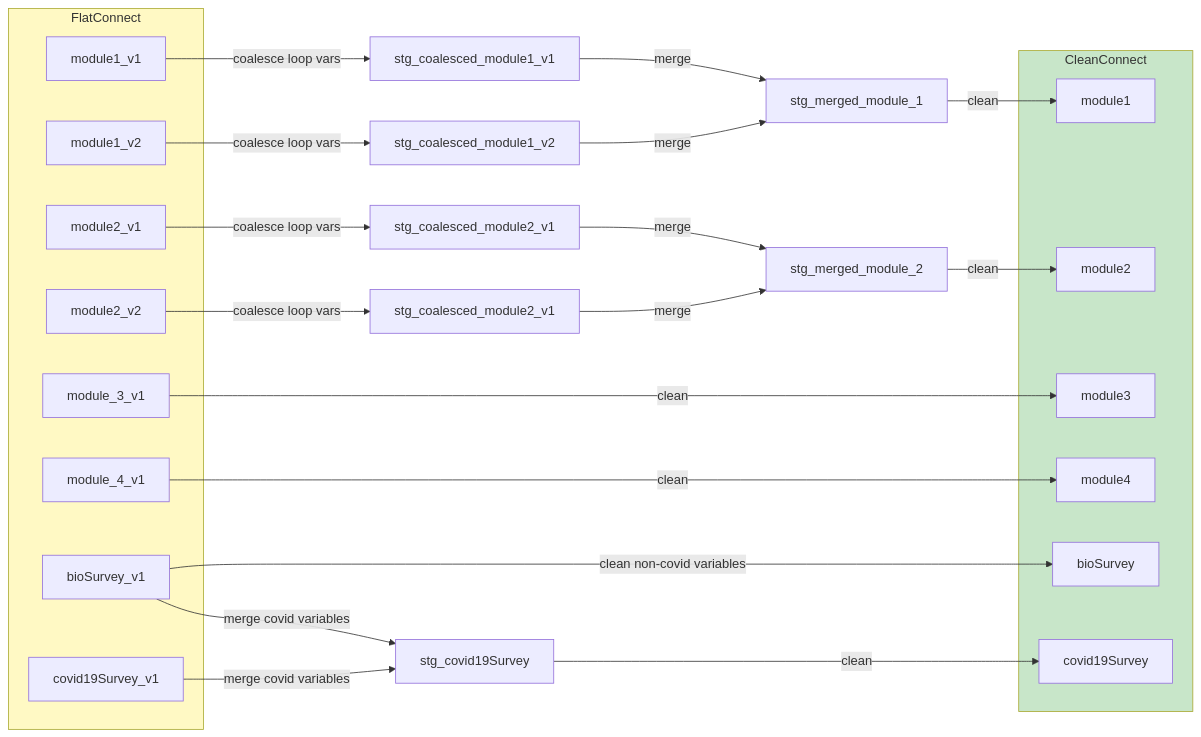
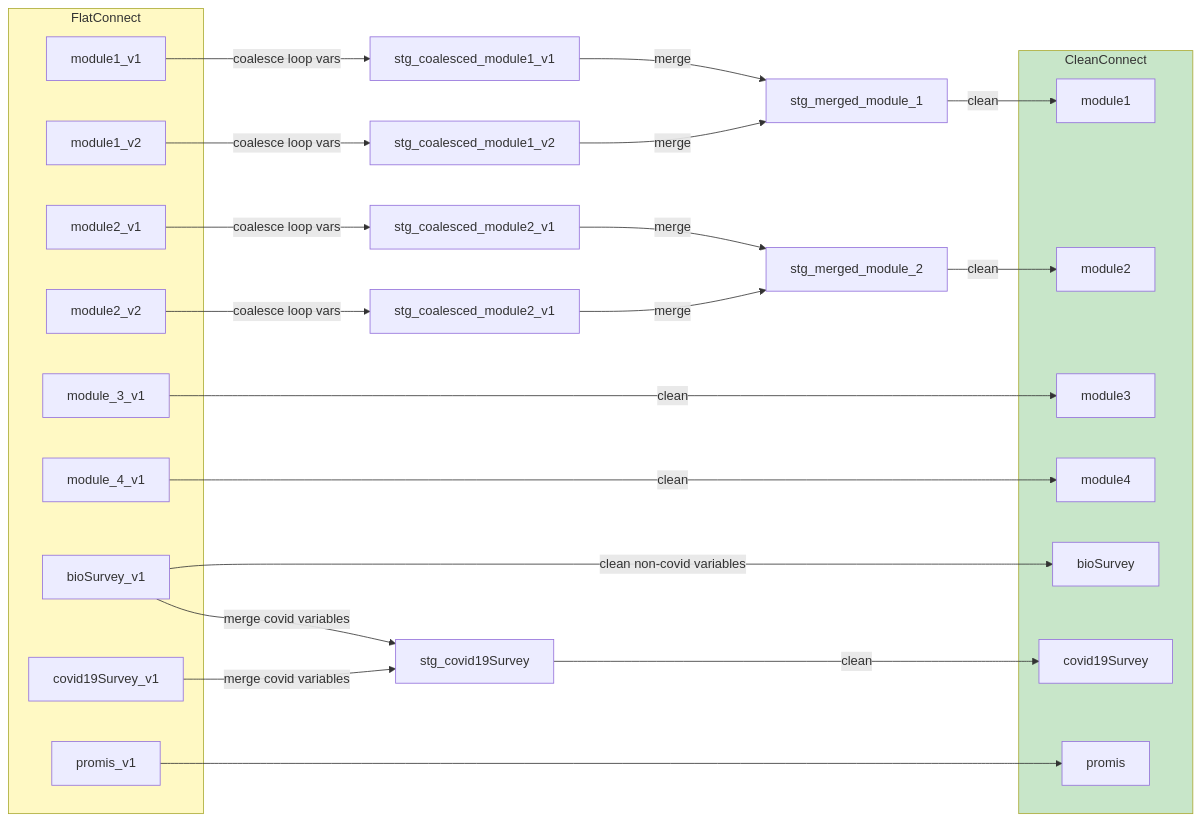
One commit to Analyticsphere/pr2-documentation changed the diagram in README.md. Above: the diagram before and after it, drawn with Mermaid.

Commit message:
add promis survey to diagram

````diff
--- a/README.md
+++ b/README.md
@@ -6,41 +6,42 @@
 ```mermaid
-
 flowchart LR
  subgraph FlatConnect["FlatConnect"]
         fc_mod1_v1["module1_v1"]
         fc_mod1_v2["module1_v2"]
         fc_mod2_v1["module2_v1"]
         fc_mod2_v2["module2_v2"]
         fc_mod3["module_3_v1"]
         fc_mod4["module_4_v1"]
         fc_bs["bioSurvey_v1"]
         fc_c19["covid19Survey_v1"]
+        fc_prom["promis_v1"]
   end
  subgraph CleanConnect["CleanConnect"]
         cc_mod1["module1"]
         cc_mod2["module2"]
         cc_mod3["module3"]
         cc_mod4["module4"]
         cc_bs["bioSurvey"]
         cc_c19["covid19Survey"]
+        cc_prom["promis"]
   end
     fc_mod1_v1 -- coalesce loop vars --> fc_coal_mod1_v1["stg_coalesced_module1_v1"]
     fc_mod1_v2 -- coalesce loop vars --> fc_coal_mod1_v2["stg_coalesced_module1_v2"]
     fc_mod2_v1 -- coalesce loop vars --> fc_coal_mod2_v1a["stg_coalesced_module2_v1"]
     fc_mod2_v2 -- coalesce loop vars --> fc_coal_mod2_v1b["stg_coalesced_module2_v1"]
     fc_mod3 -- clean --> cc_mod3
     fc_mod4 -- clean --> cc_mod4
     merge_mod1["stg_merged_module_1"] -- clean --> cc_mod1
     merge_mod2["stg_merged_module_2"] -- clean --> cc_mod2
     fc_coal_mod1_v1 -- merge --> merge_mod1
     fc_coal_mod1_v2 -- merge --> merge_mod1
     fc_coal_mod2_v1a -- merge --> merge_mod2
     fc_coal_mod2_v1b -- merge --> merge_mod2
     fc_bs -- merge covid variables --> stg_cov19["stg_covid19Survey"]
     fc_c19 -- merge covid variables --> stg_cov19
     stg_cov19 -- clean --> cc_c19
     fc_bs -- "clean non-covid variables" --> cc_bs
+    fc_prom --> cc_prom
     style FlatConnect fill:#FFF9C4
     style CleanConnect fill:#C8E6C9
-
 ```
````
